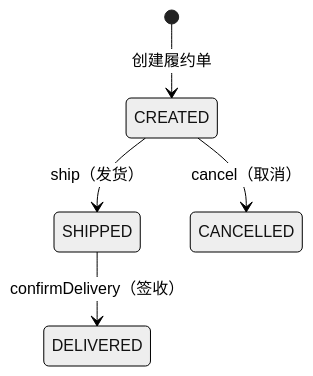
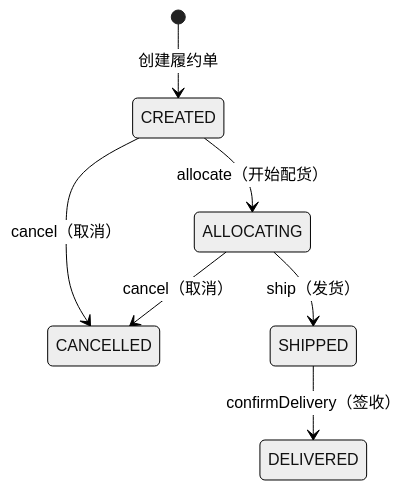
Before and after one commit to mianhe/HMall: the second of 2 diagrams in docs/bounded-contexts/fulfillment/domain-model.md, drawn with Mermaid (neutral theme). The commit also changed other lines of this file and 75 other files, not shown here.

````diff
--- a/docs/bounded-contexts/fulfillment/domain-model.md
+++ b/docs/bounded-contexts/fulfillment/domain-model.md
@@ -170,7 +180,9 @@
 ```mermaid
 stateDiagram-v2
     [*] --> CREATED: 创建履约单
-    CREATED --> SHIPPED: ship（发货）
+    CREATED --> ALLOCATING: allocate（开始配货）
     CREATED --> CANCELLED: cancel（取消）
+    ALLOCATING --> SHIPPED: ship（发货）
+    ALLOCATING --> CANCELLED: cancel（取消）
     SHIPPED --> DELIVERED: confirmDelivery（签收）
 ```
````
